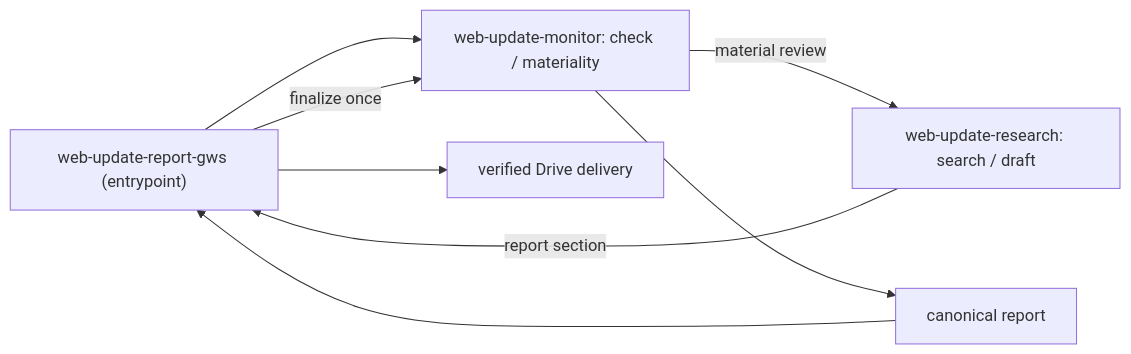
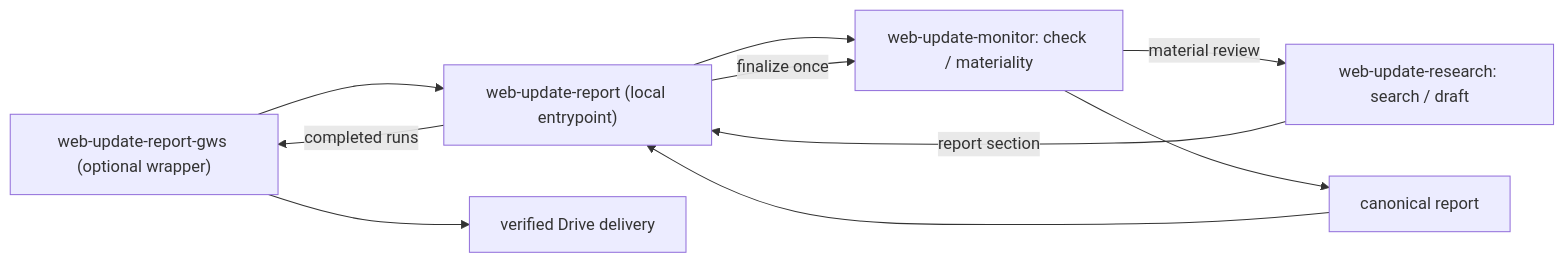
One commit to dceoy/wsum changed the second of 2 diagrams in README.md. Above: the diagram before and after it, drawn with Mermaid. The commit also changed other lines of this file and 6 other files, not shown here.

First line of the commit message:
feat(skills): add local web-update-report and reuse it from GWS (#73)

````diff
--- a/README.md
+++ b/README.md
@@ -72,10 +87,12 @@
 ```mermaid
 flowchart LR
-    GWS["web-update-report-gws (entrypoint)"] --> MON["web-update-monitor: check / materiality"]
+    GWS["web-update-report-gws (optional wrapper)"] --> LOCAL["web-update-report (local entrypoint)"]
+    LOCAL --> MON["web-update-monitor: check / materiality"]
     MON -->|material review| RESEARCH["web-update-research: search / draft"]
-    RESEARCH -->|report section| GWS
-    GWS -->|finalize once| MON
+    RESEARCH -->|report section| LOCAL
+    LOCAL -->|finalize once| MON
     MON --> FINAL["canonical report"]
-    FINAL --> GWS
+    FINAL --> LOCAL
+    LOCAL -->|completed runs| GWS
     GWS --> DRIVE["verified Drive delivery"]
 ```
````
